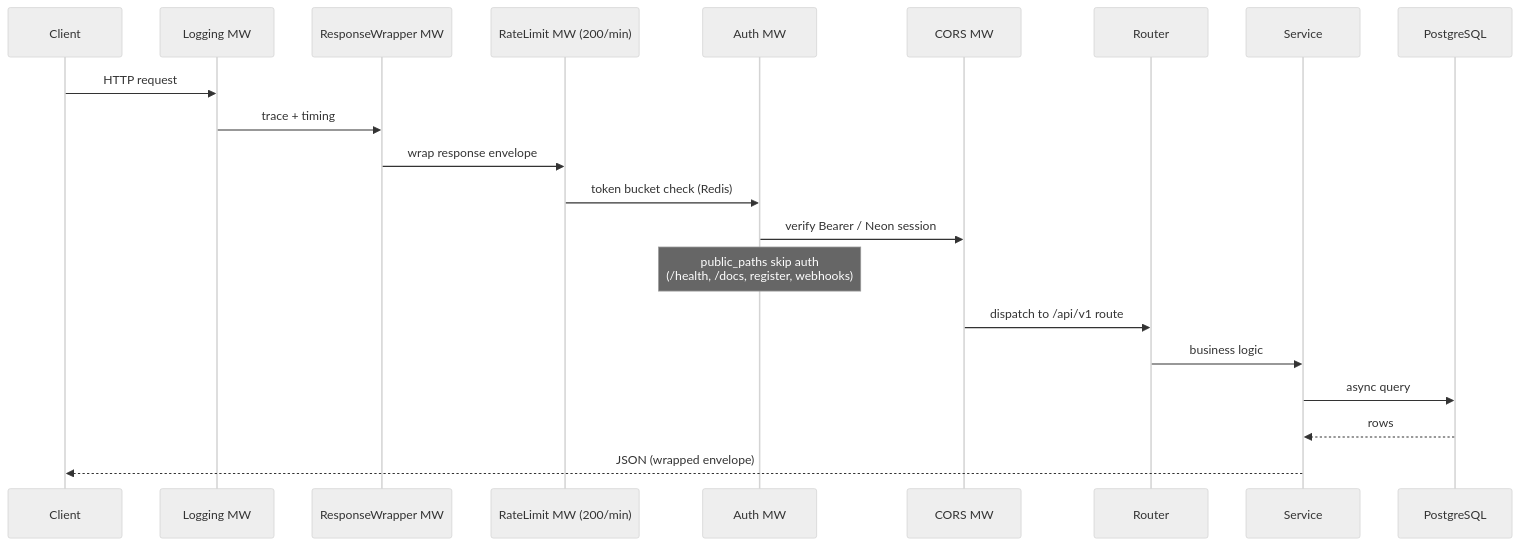
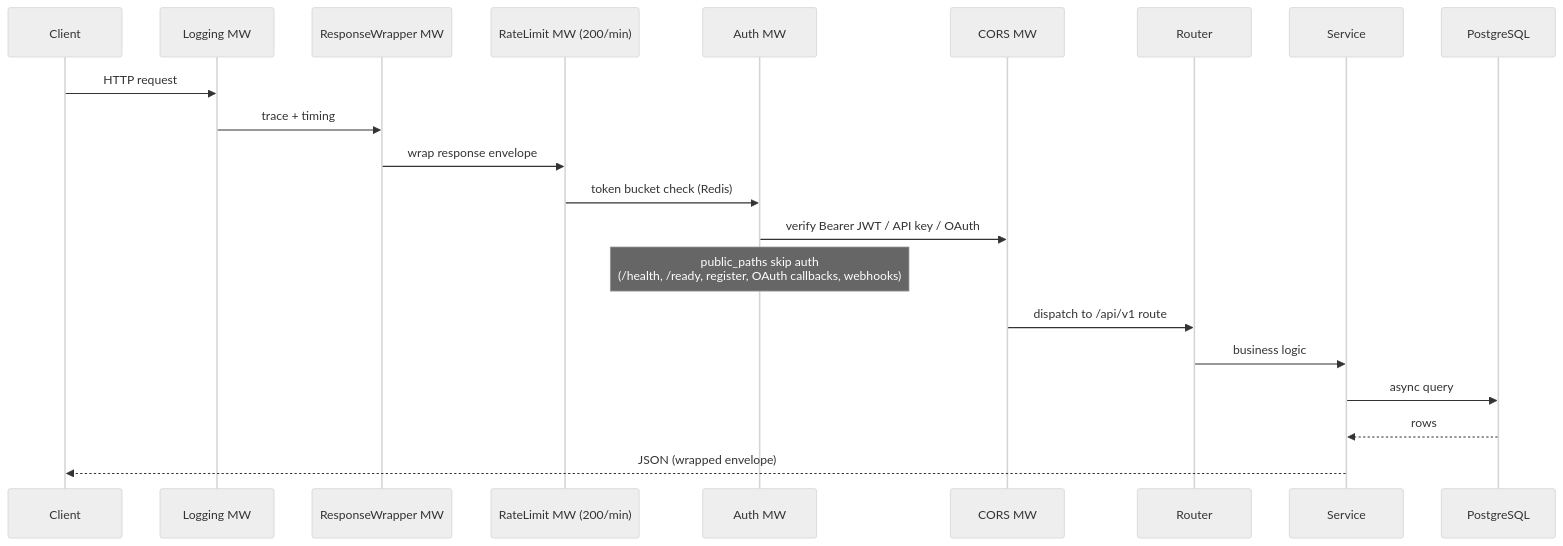
The second of 5 diagrams in docs/ARCHITECTURE_DIAGRAM.md (KunjShah95/onramp), drawn with Mermaid (neutral theme) before and after one commit. The commit also changed other lines of this file and 38 other files, not shown here.

````diff
--- a/docs/ARCHITECTURE_DIAGRAM.md
+++ b/docs/ARCHITECTURE_DIAGRAM.md
@@ -71,24 +70,24 @@
 ```mermaid
 sequenceDiagram
     participant C as Client
     participant L as Logging MW
     participant RW as ResponseWrapper MW
     participant RL as RateLimit MW (200/min)
     participant A as Auth MW
     participant CORS as CORS MW
     participant R as Router
     participant S as Service
     participant DB as PostgreSQL
 
     C->>L: HTTP request
     L->>RW: trace + timing
     RW->>RL: wrap response envelope
     RL->>A: token bucket check (Redis)
-    A->>CORS: verify Bearer / Neon session
-    Note over A: public_paths skip auth<br/>(/health, /docs, register, webhooks)
+    A->>CORS: verify Bearer JWT / API key / OAuth
+    Note over A: public_paths skip auth<br/>(/health, /ready, register, OAuth callbacks, webhooks)
     CORS->>R: dispatch to /api/v1 route
     R->>S: business logic
     S->>DB: async query
     DB-->>S: rows
     S-->>C: JSON (wrapped envelope)
 ```
````
